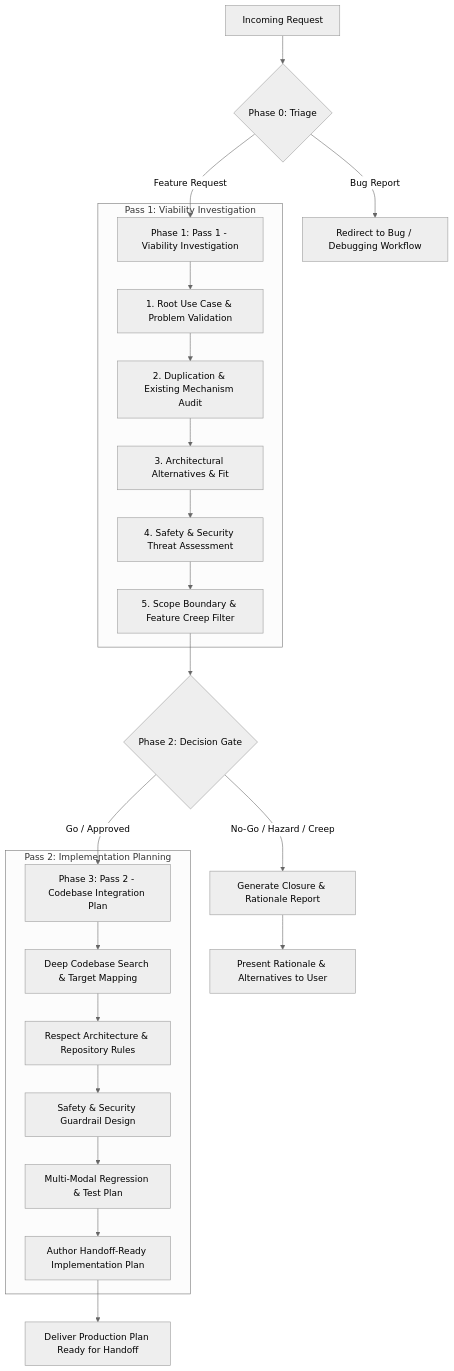
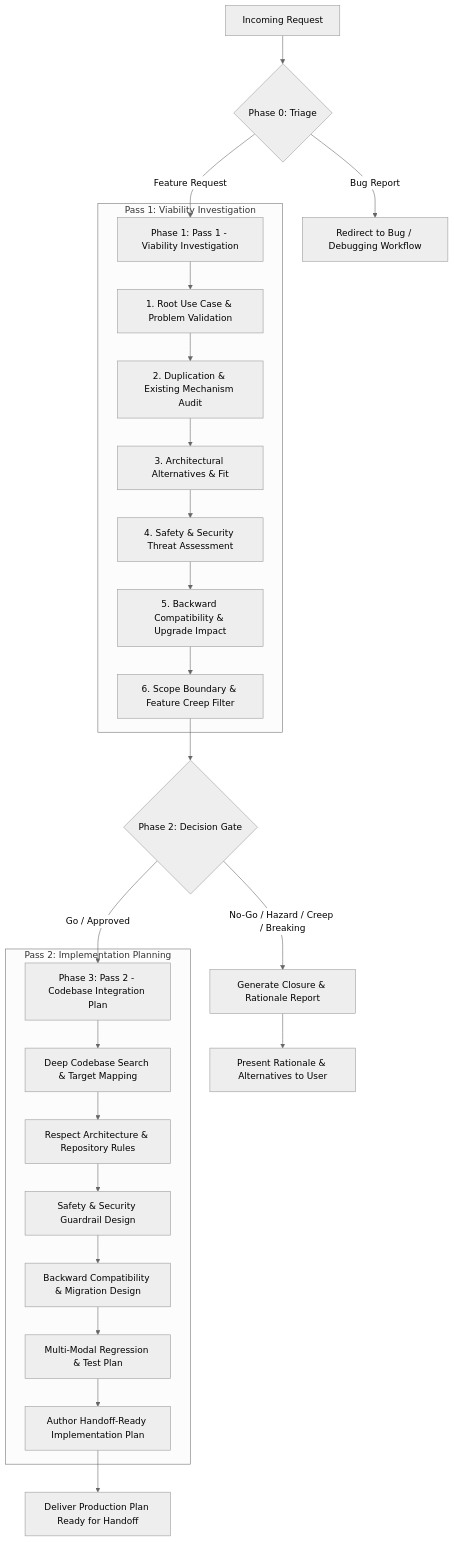
One commit to Piratkopia13/unraid-buddybackup changed the diagram in .agent/skills/feature-request-planner/SKILL.md. Above: the diagram before and after it, drawn with Mermaid (neutral theme). The commit also changed other lines of this file and 3 other files, not shown here.

Commit message:
Add backward compatibility requirements to feature request planner skill

````diff
--- a/.agent/skills/feature-request-planner/SKILL.md
+++ b/.agent/skills/feature-request-planner/SKILL.md
@@ -20,29 +21,31 @@
 ```mermaid
 flowchart TD
     A[Incoming Request] --> B{Phase 0: Triage}
     B -->|Bug Report| C[Redirect to Bug / Debugging Workflow]
     B -->|Feature Request| D[Phase 1: Pass 1 - Viability Investigation]
     
     subgraph Pass 1: Viability Investigation
         D --> D1[1. Root Use Case & Problem Validation]
         D1 --> D2[2. Duplication & Existing Mechanism Audit]
         D2 --> D3[3. Architectural Alternatives & Fit]
         D3 --> D4[4. Safety & Security Threat Assessment]
-        D4 --> D5[5. Scope Boundary & Feature Creep Filter]
+        D4 --> D5[5. Backward Compatibility & Upgrade Impact]
+        D5 --> D6[6. Scope Boundary & Feature Creep Filter]
     end
     
-    D5 --> E{Phase 2: Decision Gate}
-    E -->|No-Go / Hazard / Creep| F[Generate Closure & Rationale Report]
+    D6 --> E{Phase 2: Decision Gate}
+    E -->|No-Go / Hazard / Creep / Breaking| F[Generate Closure & Rationale Report]
     E -->|Go / Approved| G[Phase 3: Pass 2 - Codebase Integration Plan]
     
     subgraph Pass 2: Implementation Planning
         G --> G1[Deep Codebase Search & Target Mapping]
         G1 --> G2[Respect Architecture & Repository Rules]
         G2 --> G3[Safety & Security Guardrail Design]
-        G3 --> G4[Multi-Modal Regression & Test Plan]
-        G4 --> G5[Author Handoff-Ready Implementation Plan]
+        G3 --> G4[Backward Compatibility & Migration Design]
+        G4 --> G5[Multi-Modal Regression & Test Plan]
+        G5 --> G6[Author Handoff-Ready Implementation Plan]
     end
     
     F --> H[Present Rationale & Alternatives to User]
-    G5 --> I[Deliver Production Plan Ready for Handoff]
+    G6 --> I[Deliver Production Plan Ready for Handoff]
 ```
````
